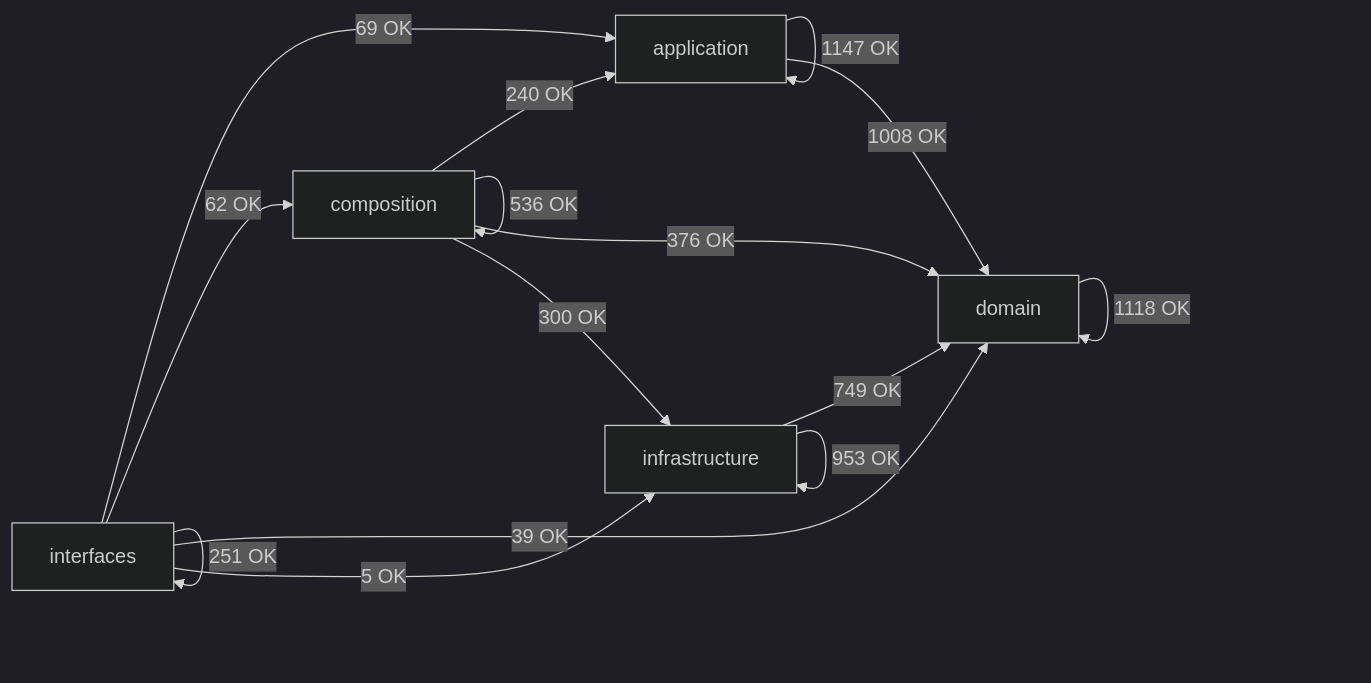
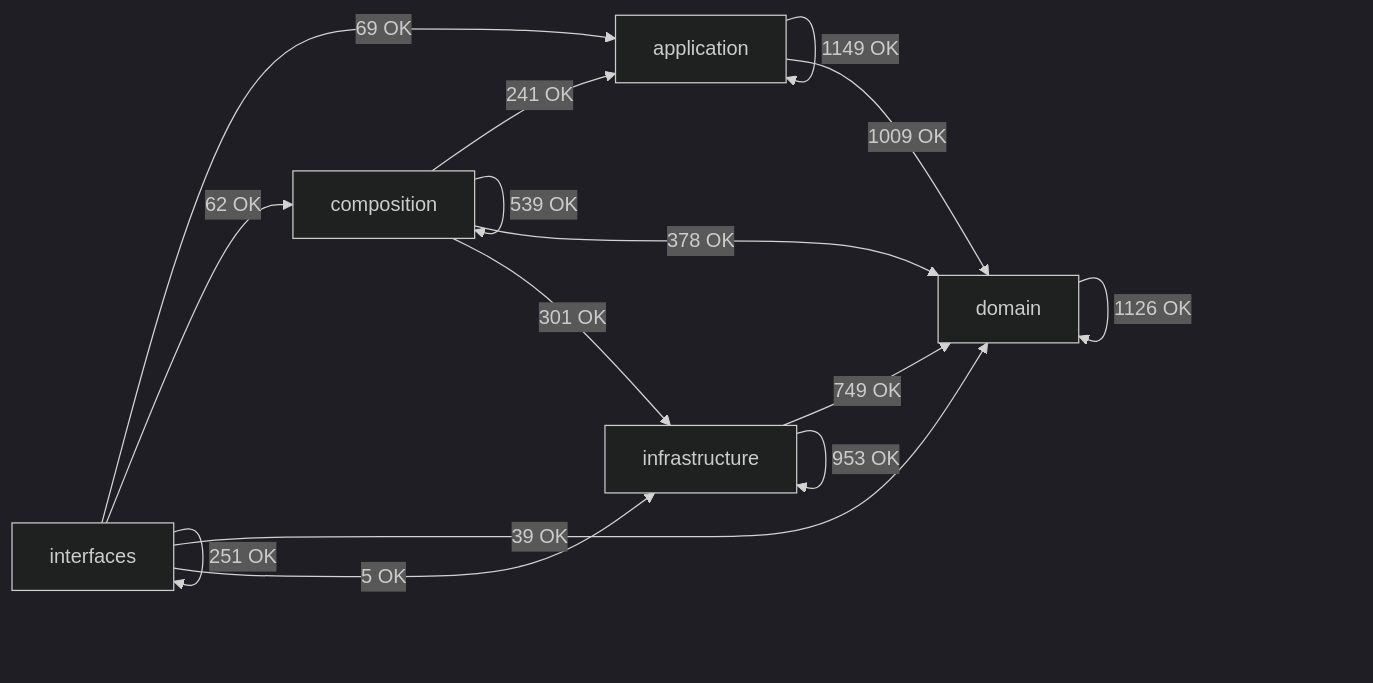
The diagram in docs/02-architecture/generated/module-dependency-map.md (SatoryKono/BioactivityDataAcquisition), drawn with Mermaid (dark theme) before and after one commit. The commit also changed other lines of this file and 45 other files, not shown here.

````diff
--- a/docs/02-architecture/generated/module-dependency-map.md
+++ b/docs/02-architecture/generated/module-dependency-map.md
@@ -17,22 +17,22 @@
 ```mermaid
 flowchart LR
     domain[domain]
     application[application]
     infrastructure[infrastructure]
     composition[composition]
     interfaces[interfaces]
-    application -->|1147 OK| application
-    application -->|1008 OK| domain
-    composition -->|240 OK| application
-    composition -->|536 OK| composition
-    composition -->|376 OK| domain
-    composition -->|300 OK| infrastructure
-    domain -->|1118 OK| domain
+    application -->|1149 OK| application
+    application -->|1009 OK| domain
+    composition -->|241 OK| application
+    composition -->|539 OK| composition
+    composition -->|378 OK| domain
+    composition -->|301 OK| infrastructure
+    domain -->|1126 OK| domain
     infrastructure -->|749 OK| domain
     infrastructure -->|953 OK| infrastructure
     interfaces -->|69 OK| application
     interfaces -->|62 OK| composition
     interfaces -->|39 OK| domain
     interfaces -->|5 OK| infrastructure
     interfaces -->|251 OK| interfaces
 ```
````
